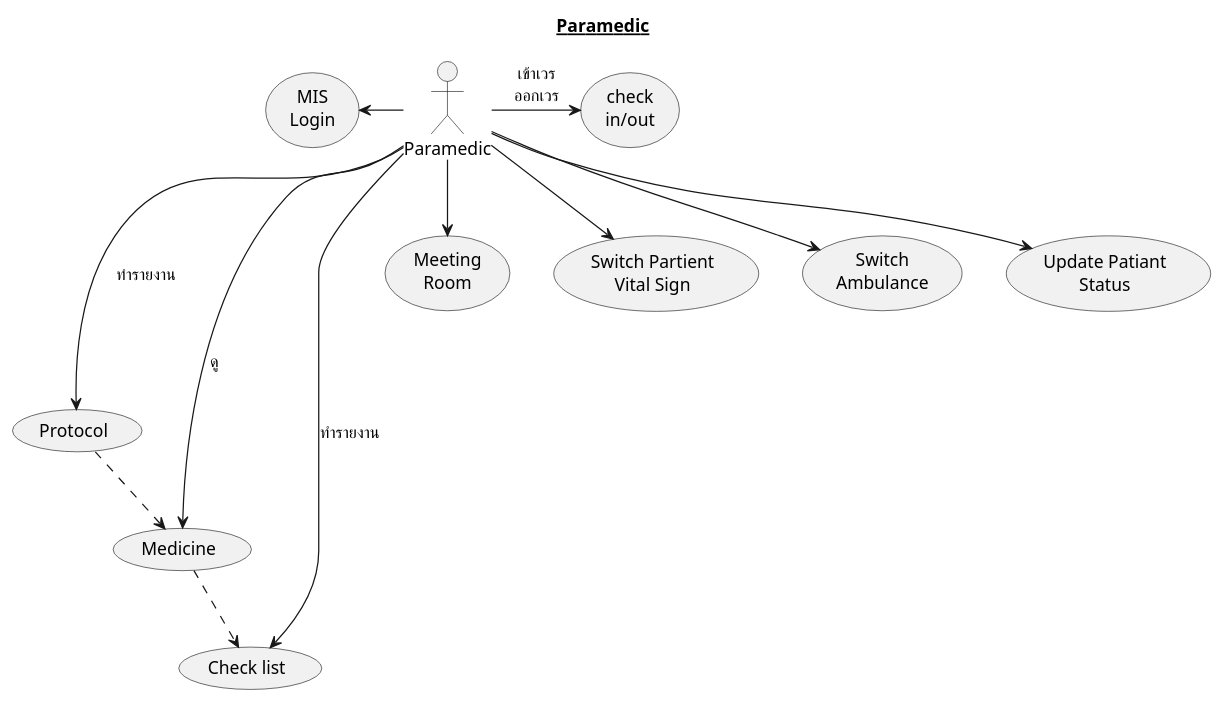
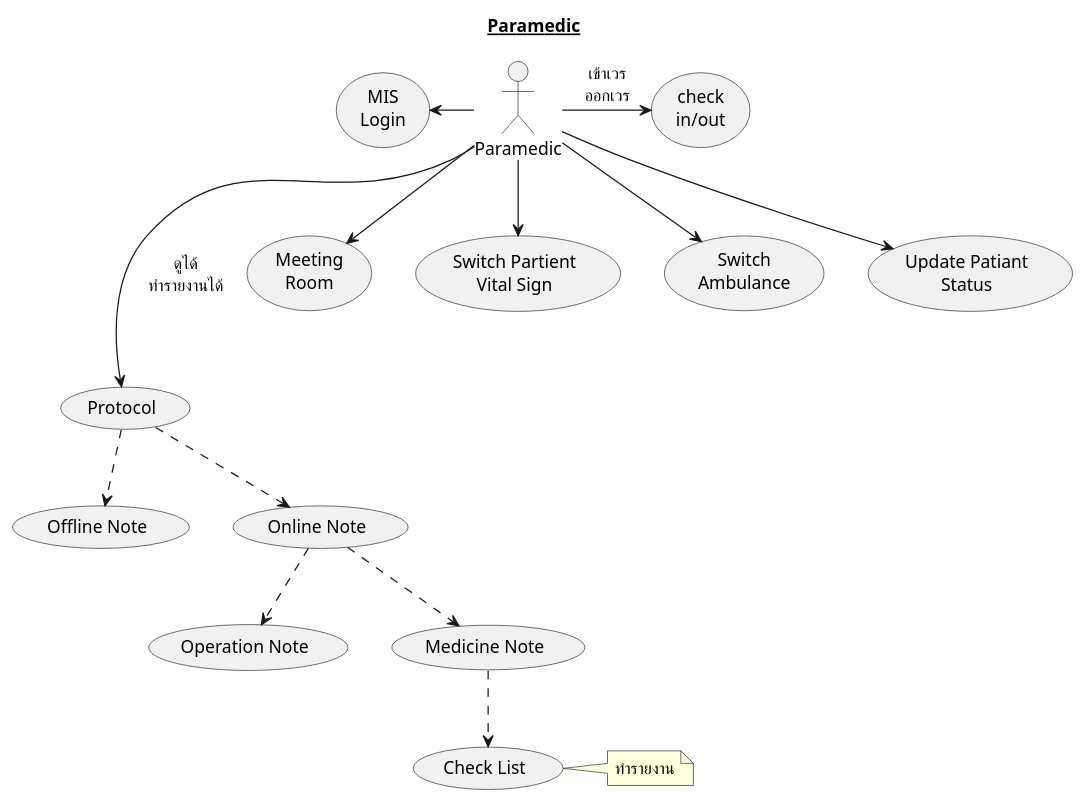
One commit to lionants02/mis-api-doc changed the diagram in uml/scenario_Paramedic.plantuml. Above: the diagram before and after it, drawn with PlantUML. The commit also changed 11 other files, not shown here.

```diff
--- a/uml/scenario_Paramedic.plantuml
+++ b/uml/scenario_Paramedic.plantuml
@@ -1,31 +1,34 @@
 @startuml
 Title __Paramedic__
   :Paramedic: as Paramedic
 
-
   usecase (Protocol) as Protocol
-  usecase (Medicine) as Med
-  usecase (Check list) as Check
-  Protocol ..> Med
+  usecase (Offline Note) as Offline
+  usecase (Online Note) as Online
+  usecase (Operation Note) as Ops
+  usecase (Medicine Note) as Med
+  usecase (Check List) as Check
+  Protocol ..> Offline
+  Protocol ..> Online
+  Online ..> Ops
+  Online ..> Med
   Med ..> Check
-
 
   usecase (check\nin/out) as checkIn
   usecase (MIS\nLogin) as MISLogin
   usecase (Meeting\nRoom) as MeetingRoom
 
   usecase (Switch Partient\nVital Sign) as SwitchVS
   usecase (Switch\nAmbulance) as SwitchAmbulance
   usecase (Update Patiant\nStatus) as UpdatePatiantStatus
 
   Paramedic -right-> checkIn : เข้าเวร\nออกเวร
   Paramedic -left-> MISLogin
   Paramedic --> MeetingRoom
   Paramedic --> SwitchVS
   Paramedic --> SwitchAmbulance
   Paramedic --> UpdatePatiantStatus
-  Paramedic ---> Protocol: ทำรายงาน
-  Paramedic --> Med: ดู
-  Paramedic --> Check: ทำรายงาน
+  Paramedic ---> Protocol: ดูได้\nทำรายงานได้
+  note right of Check : ทำรายงาน
 
 @enduml
```
